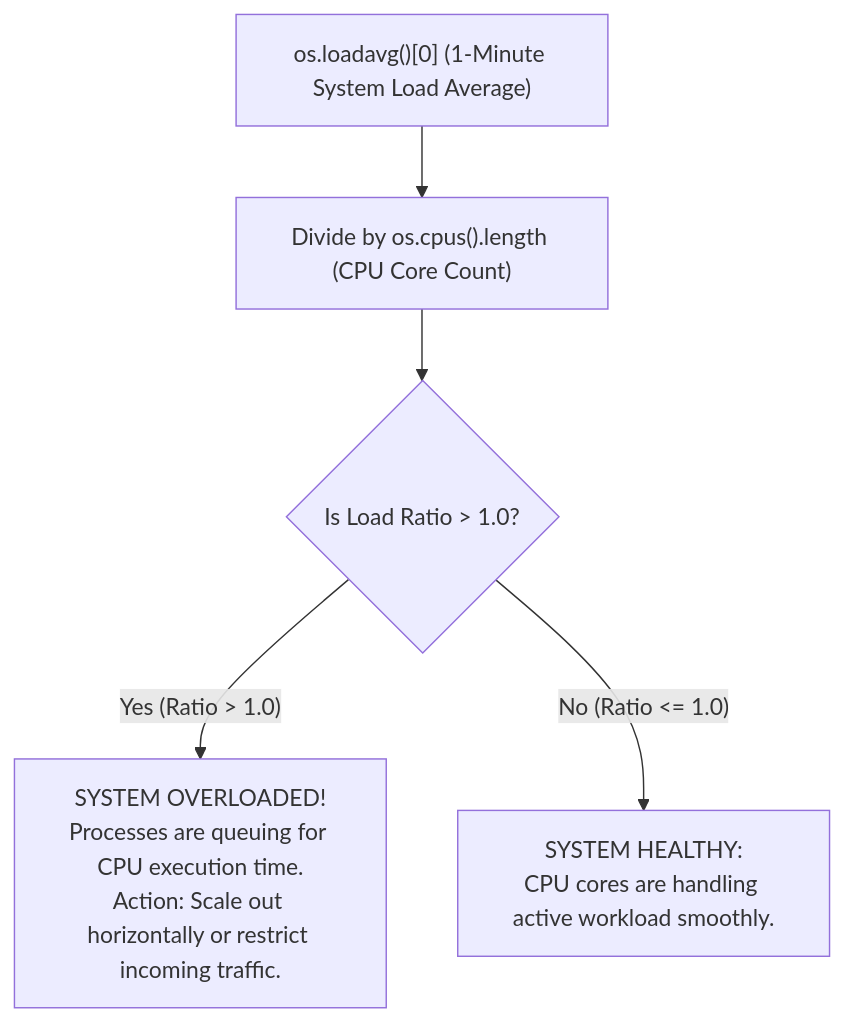
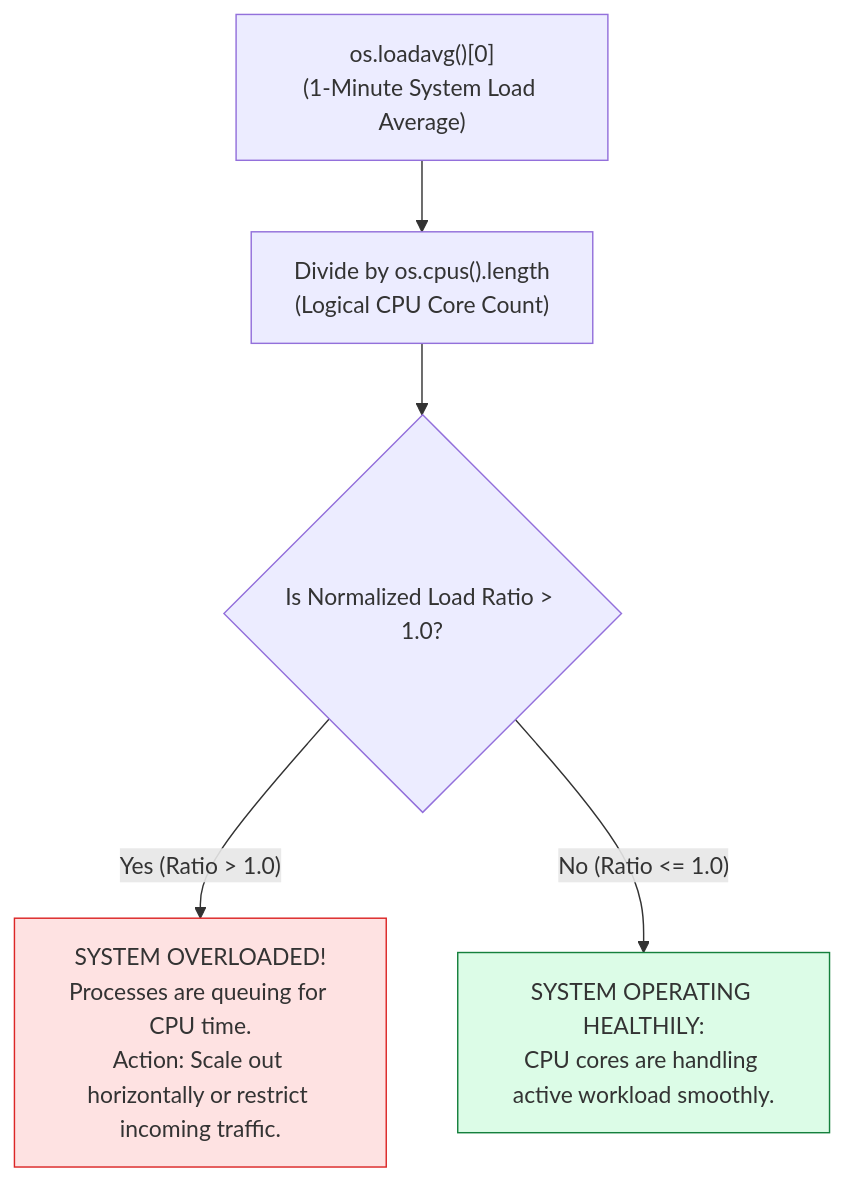
The second of 2 diagrams in nodejs-notes/15-os-module.md (Amie-dev/engineering-playbook), drawn with Mermaid before and after one commit. The commit also changed other lines of this file and 31 other files, not shown here.

````diff
--- a/nodejs-notes/15-os-module.md
+++ b/nodejs-notes/15-os-module.md
@@ -30,10 +36,13 @@
 ```mermaid
 flowchart TD
-    FetchLoad["os.loadavg()[0] (1-Minute System Load Average)"] --> Compare["Divide by os.cpus().length (CPU Core Count)"]
+    FetchLoad["os.loadavg()[0]<br/>(1-Minute System Load Average)"] --> Normalize["Divide by os.cpus().length<br/>(Logical CPU Core Count)"]
     
-    Compare --> RatioCheck{Is Load Ratio > 1.0?}
+    Normalize --> RatioCheck{Is Normalized Load Ratio > 1.0?}
     
-    RatioCheck -- Yes (Ratio > 1.0) --> Overloaded["SYSTEM OVERLOADED!<br/>Processes are queuing for CPU execution time.<br/>Action: Scale out horizontally or restrict incoming traffic."]
+    RatioCheck -- "Yes (Ratio > 1.0)" --> Overloaded["SYSTEM OVERLOADED!<br/>Processes are queuing for CPU time.<br/>Action: Scale out horizontally or restrict incoming traffic."]
     
-    RatioCheck -- No (Ratio <= 1.0) --> Healthy["SYSTEM HEALTHY:<br/>CPU cores are handling active workload smoothly."]
+    RatioCheck -- "No (Ratio <= 1.0)" --> Healthy["SYSTEM OPERATING HEALTHILY:<br/>CPU cores are handling active workload smoothly."]
+
+    style Overloaded fill:#fee2e2,stroke:#dc2626
+    style Healthy fill:#dcfce7,stroke:#15803d
 ```
````
